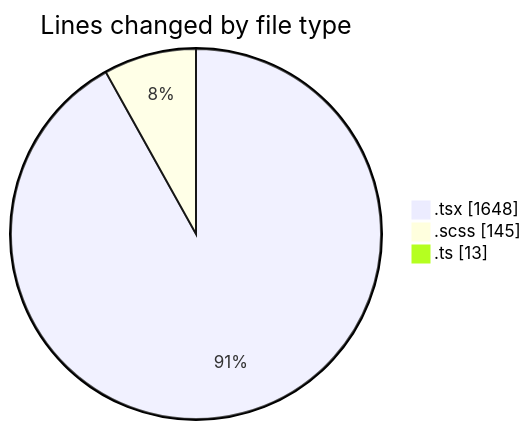
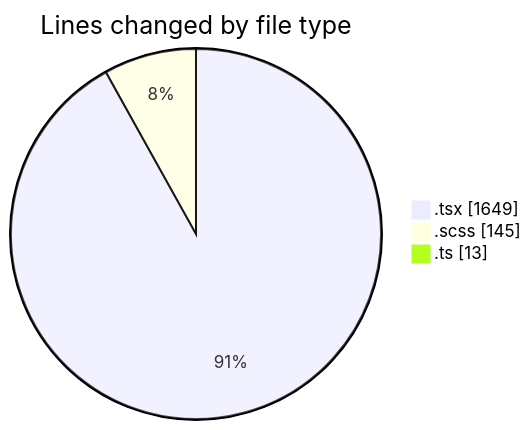
One commit to momahboobian/code-tracking changed the first of 2 diagrams in 2025-03-20/cda/README.md. Above: the diagram before and after it, drawn with Mermaid. The commit also changed other lines of this file and 1 other file, not shown here.

````diff
--- a/2025-03-20/cda/README.md
+++ b/2025-03-20/cda/README.md
@@ -25,7 +25,7 @@
 ```mermaid
 pie showData
 title Lines changed by file type
-".tsx" : 1648
+".tsx" : 1649
 ".scss" : 145
 ".ts" : 13
 ```
````
